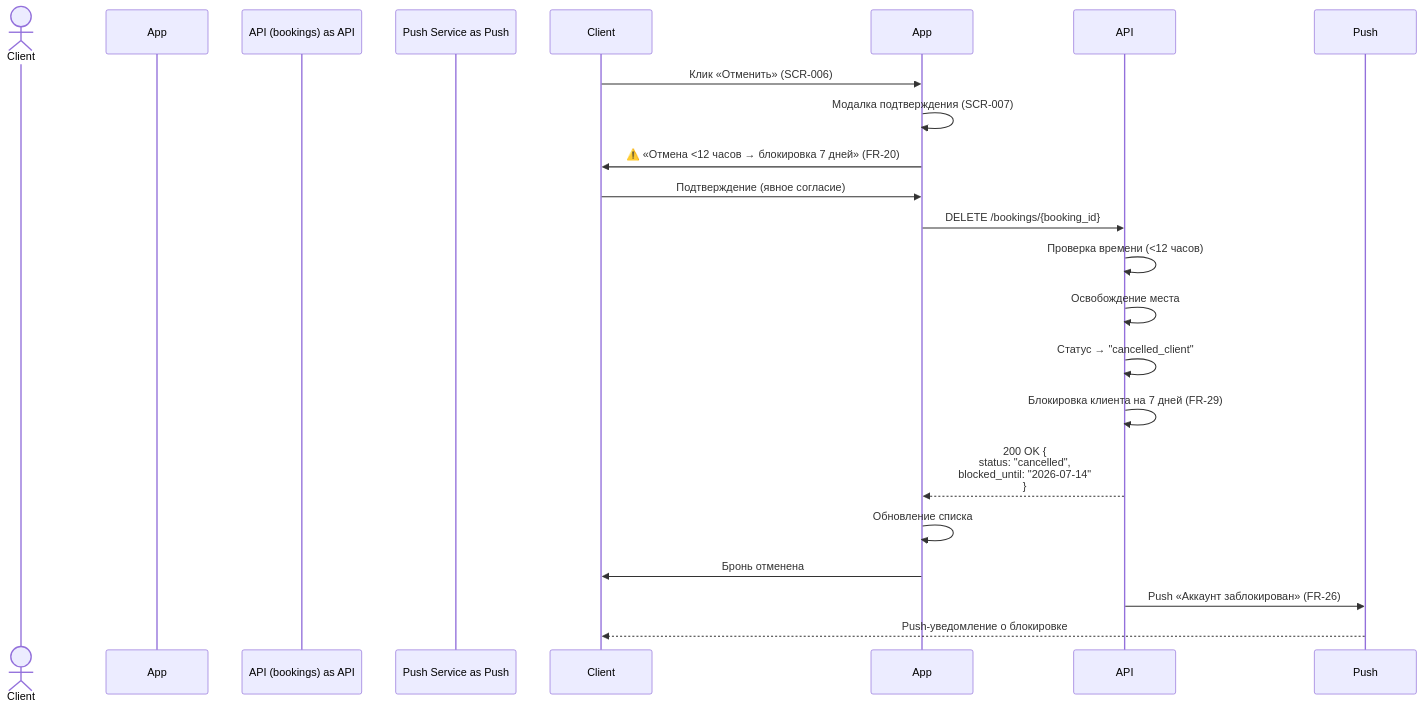
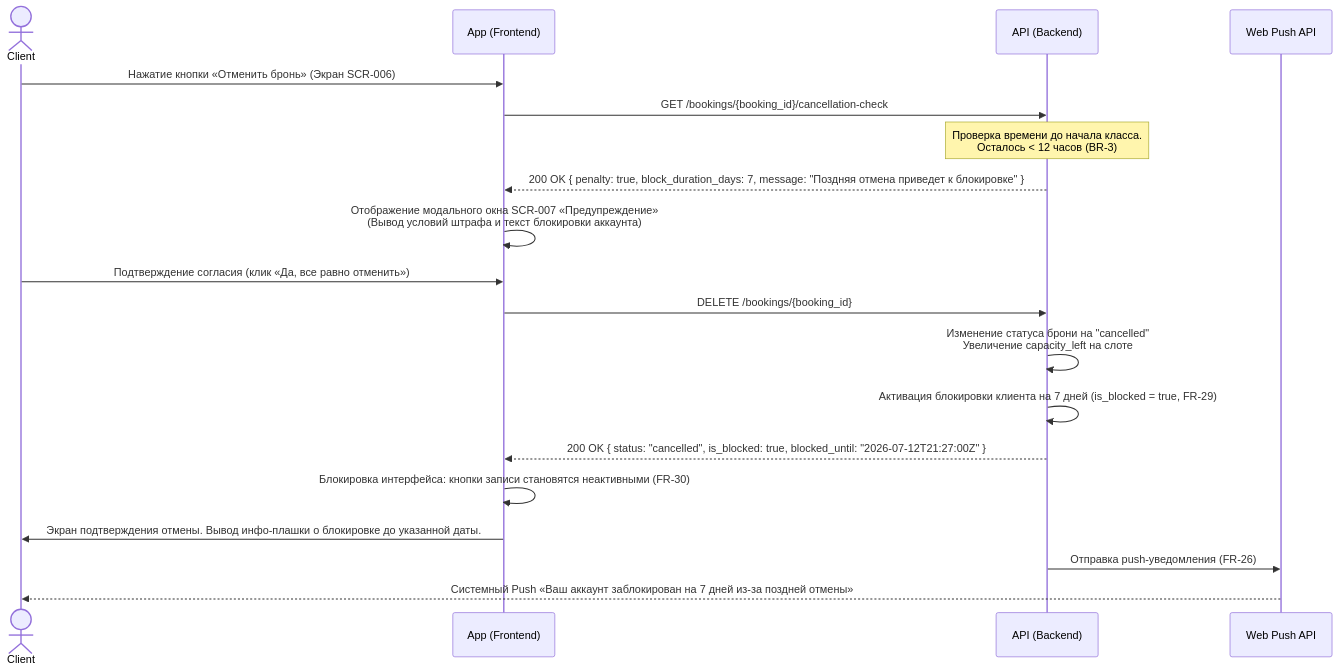
One commit to volchonok-a/cooking-studio-summer-school changed the third of 3 diagrams in 01-analytics/4-design/api-sequence.md. Above: the diagram before and after it, drawn with Mermaid. The commit also changed other lines of this file and 2 other files, not shown here.

````diff
--- a/01-analytics/4-design/api-sequence.md
+++ b/01-analytics/4-design/api-sequence.md
@@ -143,27 +89,30 @@
 ```mermaid
 sequenceDiagram
     actor Клиент as Client
-    participant Приложение as App
-    participant API (bookings) as API
-    participant Push Service as Push
+    participant App as App (Frontend)
+    participant API as API (Backend)
+    participant Push as Web Push API
     
-    Client->>App: Клик «Отменить» (SCR-006)
-    App->>App: Модалка подтверждения (SCR-007)
-    App->>Client: ⚠️ «Отмена <12 часов → блокировка 7 дней» (FR-20)
+    Клиент->>App: Нажатие кнопки «Отменить бронь» (Экран SCR-006)
     
-    Client->>App: Подтверждение (явное согласие)
+    App->>API: GET /bookings/{booking_id}/cancellation-check
+    Note over API: Проверка времени до начала класса.<br/>Осталось < 12 часов (BR-3)
+    API-->>App: 200 OK { penalty: true, block_duration_days: 7, message: "Поздняя отмена приведет к блокировке" }
+    
+    App->>App: Отображение модального окна SCR-007 «Предупреждение»<br/>(Вывод условий штрафа и текст блокировки аккаунта)
+    
+    Клиент->>App: Подтверждение согласия (клик «Да, все равно отменить»)
+    
     App->>API: DELETE /bookings/{booking_id}
     
-    API->>API: Проверка времени (<12 часов)
-    API->>API: Освобождение места
-    API->>API: Статус → "cancelled_client"
-    API->>API: Блокировка клиента на 7 дней (FR-29)
+    API->>API: Изменение статуса брони на "cancelled"<br/>Увеличение capacity_left на слоте
+    API->>API: Активация блокировки клиента на 7 дней (is_blocked = true, FR-29)
     
-    API-->>App: 200 OK {<br/>  status: "cancelled",<br/>  blocked_until: "2026-07-14"<br/>}
+    API-->>App: 200 OK { status: "cancelled", is_blocked: true, blocked_until: "2026-07-12T21:27:00Z" }
     
-    App->>App: Обновление списка
-    App->>Client: Бронь отменена
+    App->>App: Блокировка интерфейса: кнопки записи становятся неактивными (FR-30)
+    App->>Клиент: Экран подтверждения отмены. Вывод инфо-плашки о блокировке до указанной даты.
     
-    API->>Push: Push «Аккаунт заблокирован» (FR-26)
-    Push-->>Client: Push-уведомление о блокировке
+    API->>Push: Отправка push-уведомления (FR-26)
+    Push-->>Клиент: Системный Push «Ваш аккаунт заблокирован на 7 дней из-за поздней отмены»
 ```
````
